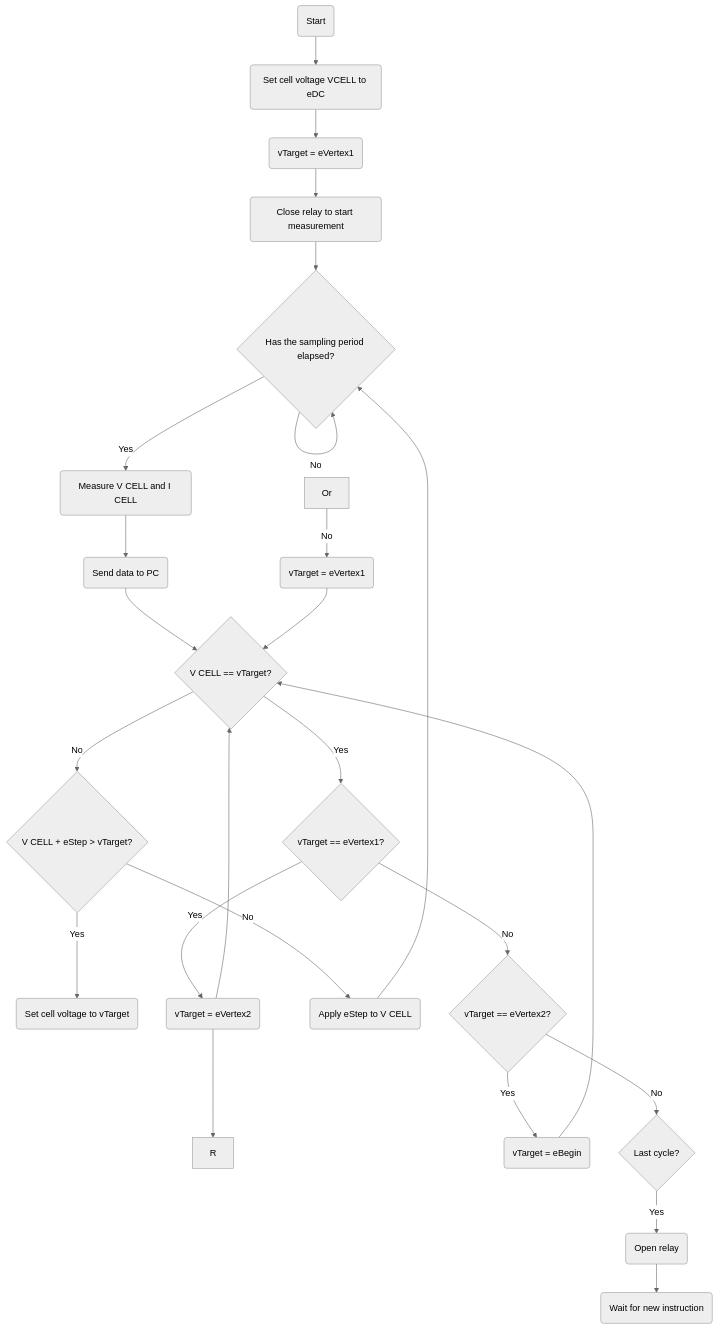
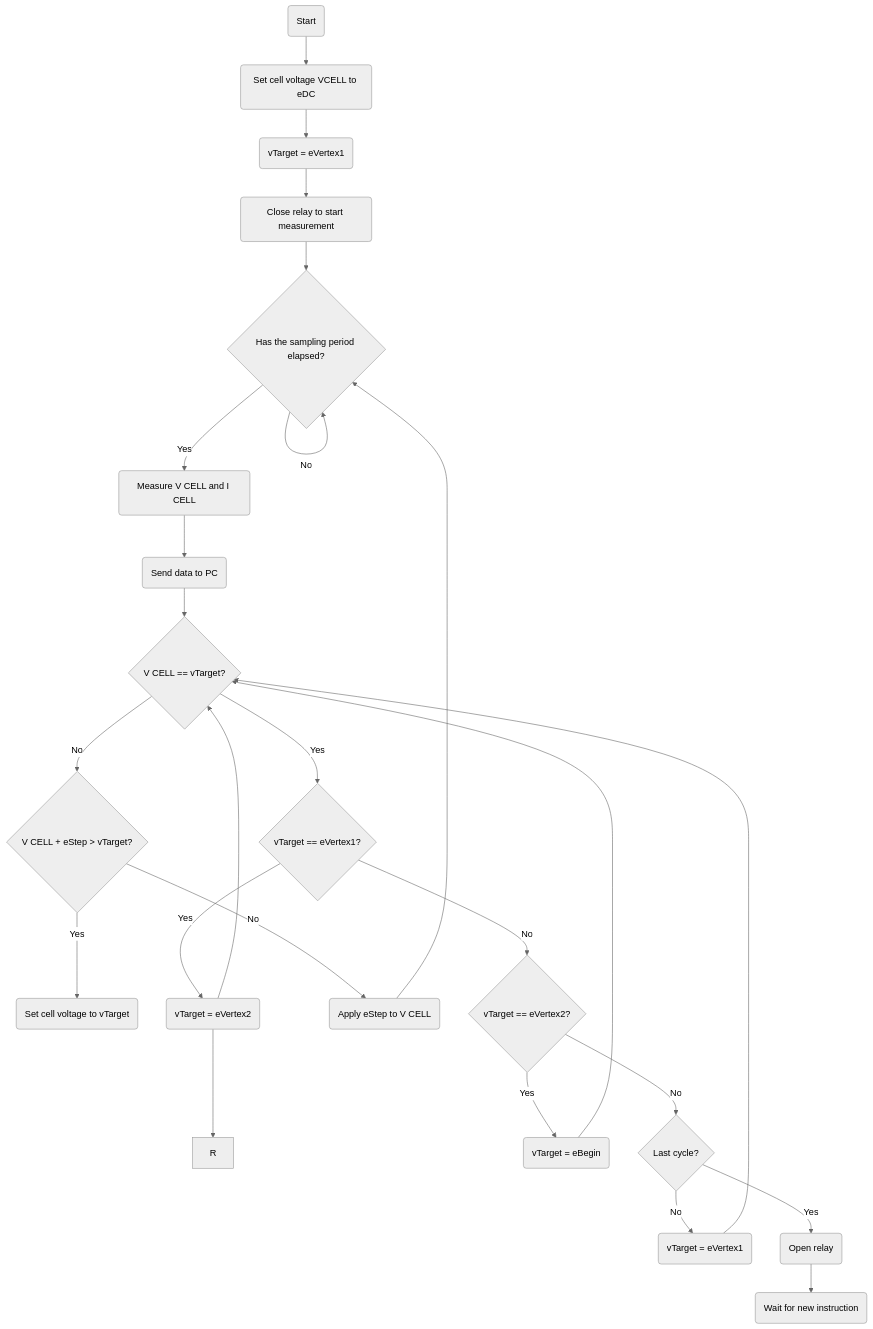
The fifth of 5 diagrams in content/projects/student-projects/2022/masb-pot-s-vitinha-team/readme.en.md (TheAlbertDev/MASB), drawn with Mermaid (neutral theme) before and after one commit.

Commit message:
Fix a bug in cyclic voltammetry mermaid diagram

````diff
--- a/content/projects/student-projects/2022/masb-pot-s-vitinha-team/readme.en.md
+++ b/content/projects/student-projects/2022/masb-pot-s-vitinha-team/readme.en.md
@@ -300,27 +300,27 @@
 ```mermaid
   graph TD
       A(Start) --> B(Set cell voltage VCELL to eDC)
        B --> Z(vTarget = eVertex1)
        Z --> C(Close relay to start measurement)
        C --> D{Has the sampling period elapsed?}
        D --> |No|D
        D --> |Yes|E(Measure V CELL and I CELL)
        E --> F(Send data to PC)
        F --> G{V CELL == vTarget?}
        G --> |No|H{V CELL + eStep > vTarget?}
        H --> |Yes|I(Set cell voltage to vTarget)
        L --> R
        H --> |No|J(Apply eStep to V CELL)
        J --> D
        G --> |Yes|K{vTarget == eVertex1?}
        K --> |Yes|L(vTarget = eVertex2)
        L --> G
        K --> |No|M{vTarget == eVertex2?}
        M --> |Yes|N(vTarget = eBegin)
        N --> G
        M --> |No|O{Last cycle?}
-       Or --> |No|P(vTarget = eVertex1)
+       O --> |No|P(vTarget = eVertex1)
        P --> G
        O --> |Yes|S(Open relay)
        S --> T(Wait for new instruction)
 ```
````
